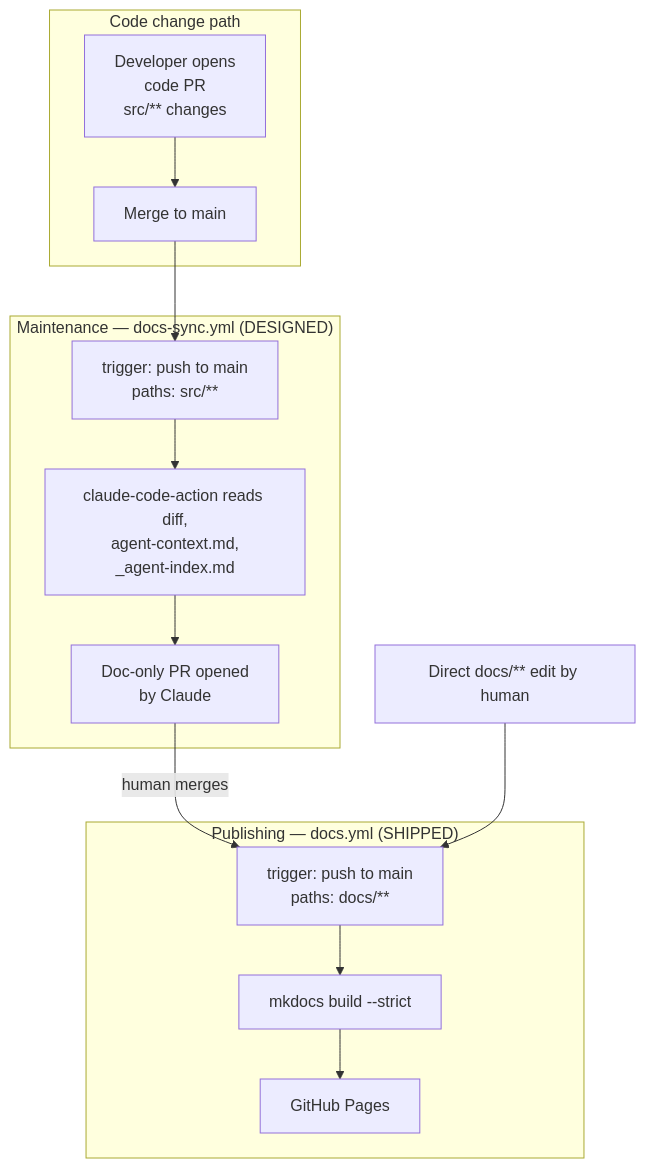
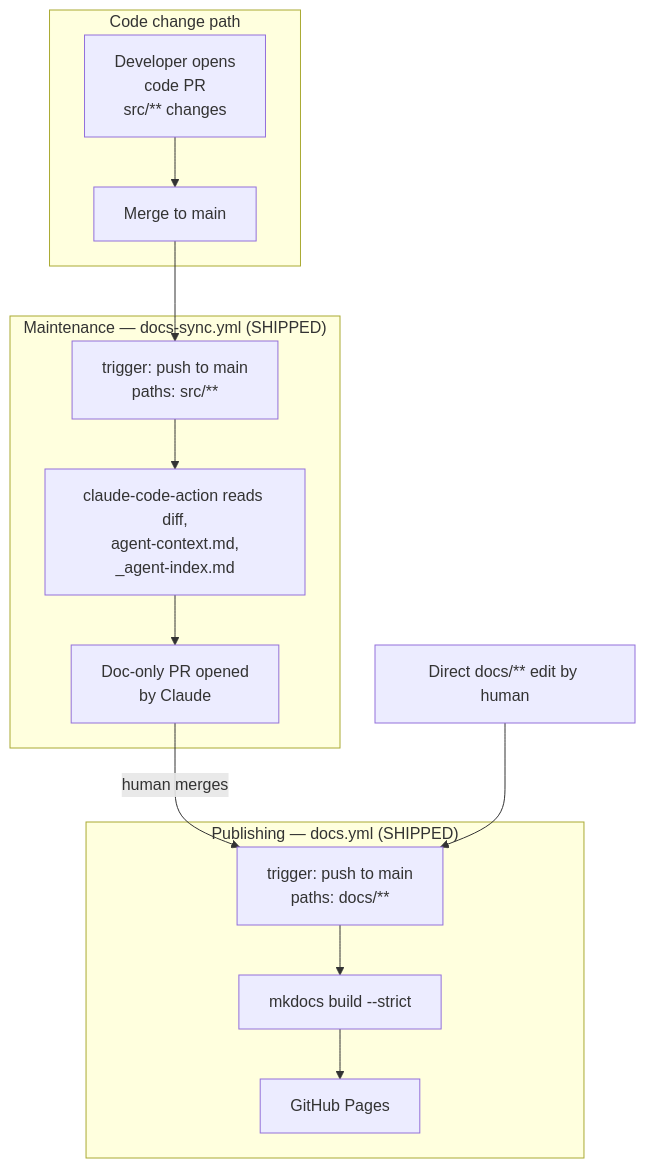
The first of 3 diagrams in docs/reference/documentation-system.md (jtl4098/deptagent), drawn with Mermaid before and after one commit. The commit also changed other lines of this file and 1 other file, not shown here.

First line of the commit message:
feat: add docs-sync workflow (Phase 2 AI doc maintenance) (#9)

````diff
--- a/docs/reference/documentation-system.md
+++ b/docs/reference/documentation-system.md
@@ -51,28 +51,28 @@
 ```mermaid
 flowchart TB
     subgraph Code["Code change path"]
         Dev[Developer opens<br/>code PR<br/>src/** changes]
         Merge[Merge to main]
     end
 
-    subgraph Sync["Maintenance — docs-sync.yml (DESIGNED)"]
+    subgraph Sync["Maintenance — docs-sync.yml (SHIPPED)"]
         Sync1["trigger: push to main<br/>paths: src/**"]
         Sync2[claude-code-action reads diff,<br/>agent-context.md,<br/>_agent-index.md]
         DocPR[Doc-only PR opened<br/>by Claude]
     end
 
     subgraph Pub["Publishing — docs.yml (SHIPPED)"]
         Pub1["trigger: push to main<br/>paths: docs/**"]
         Build[mkdocs build --strict]
         Pages[GitHub Pages]
     end
 
     Dev --> Merge
     Merge --> Sync1
     Sync1 --> Sync2 --> DocPR
     DocPR --> |human merges| Pub1
     Pub1 --> Build --> Pages
 
     DirectDoc[Direct docs/** edit by human]
     DirectDoc --> Pub1
 ```
````
